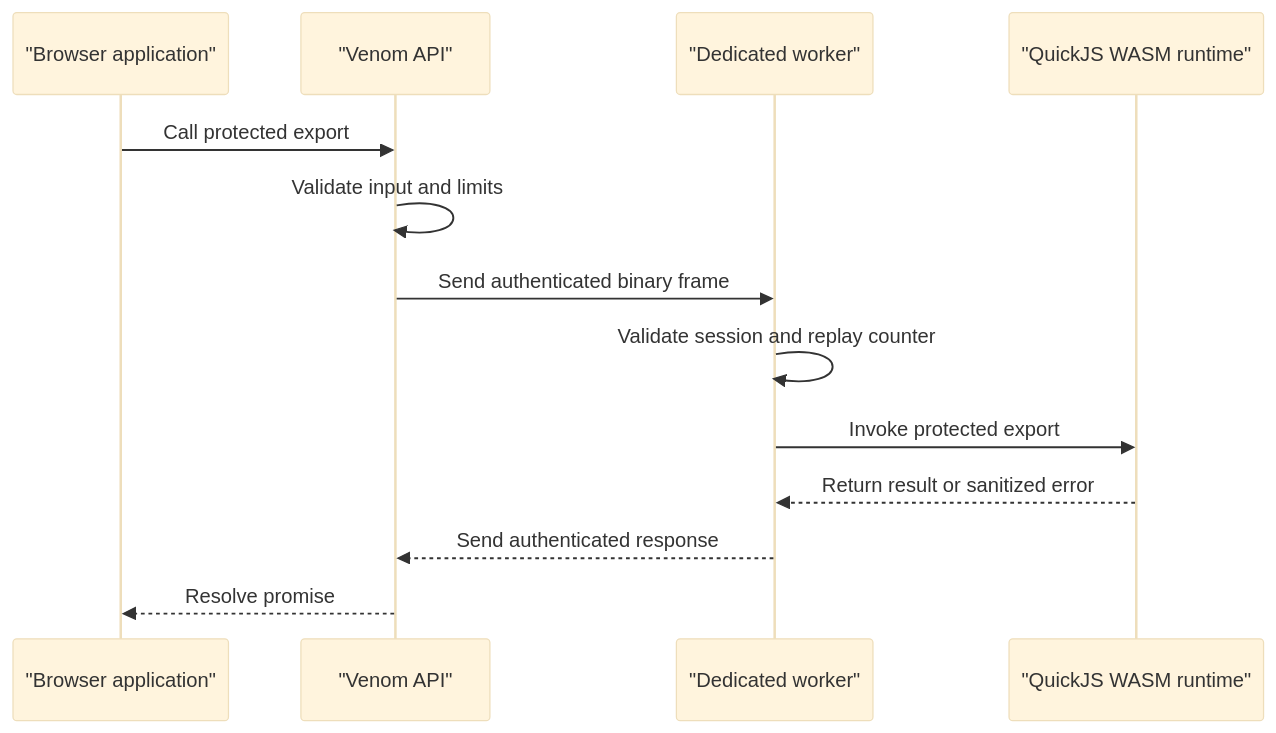
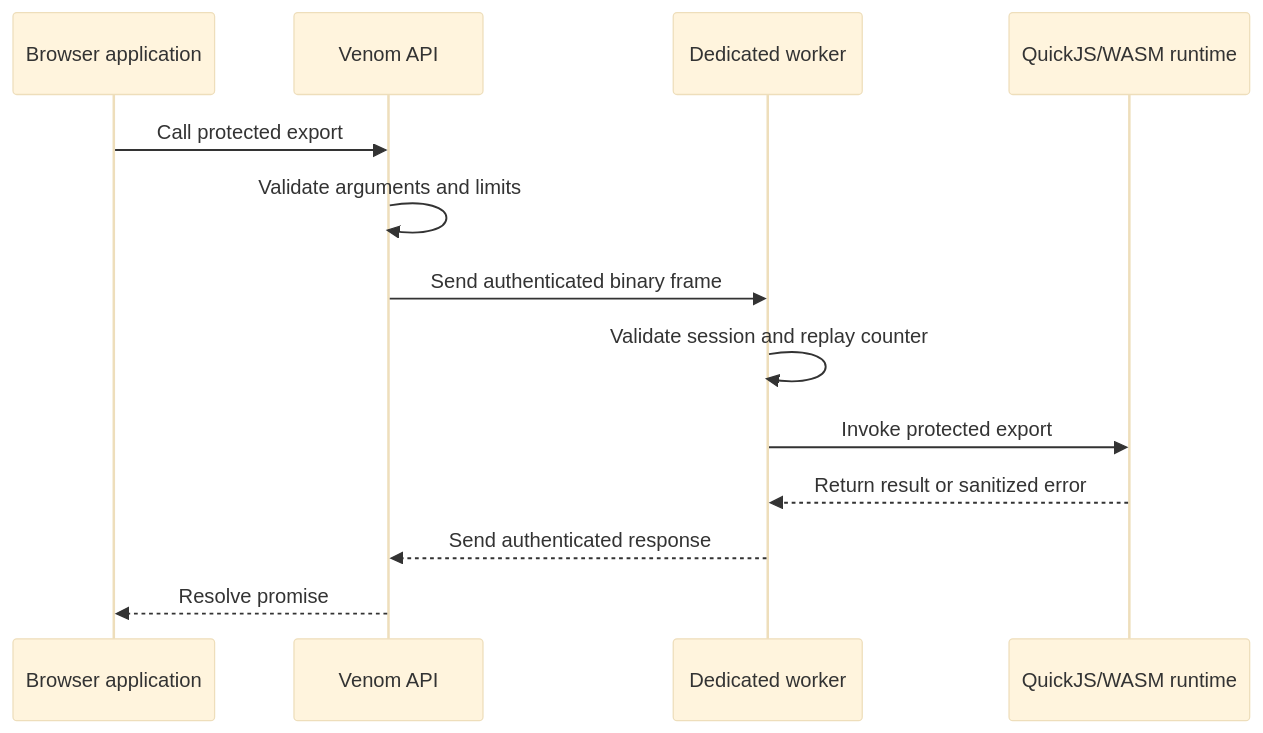
The second of 2 diagrams in README.md (Ascension-Digital-Technologies/Venom), drawn with Mermaid (base theme) before and after one commit. The commit also changed other lines of this file, not shown here.

````diff
--- a/README.md
+++ b/README.md
@@ -68,15 +152,16 @@
 ```mermaid
 sequenceDiagram
-    participant Browser as "Browser application"
-    participant API as "Venom API"
-    participant Worker as "Dedicated worker"
-    participant Runtime as "QuickJS WASM runtime"
+    participant Browser as Browser application
+    participant API as Venom API
+    participant Worker as Dedicated worker
+    participant Runtime as QuickJS/WASM runtime
+
     Browser->>API: Call protected export
-    API->>API: Validate input and limits
+    API->>API: Validate arguments and limits
     API->>Worker: Send authenticated binary frame
     Worker->>Worker: Validate session and replay counter
     Worker->>Runtime: Invoke protected export
     Runtime-->>Worker: Return result or sanitized error
     Worker-->>API: Send authenticated response
     API-->>Browser: Resolve promise
 ```
````
